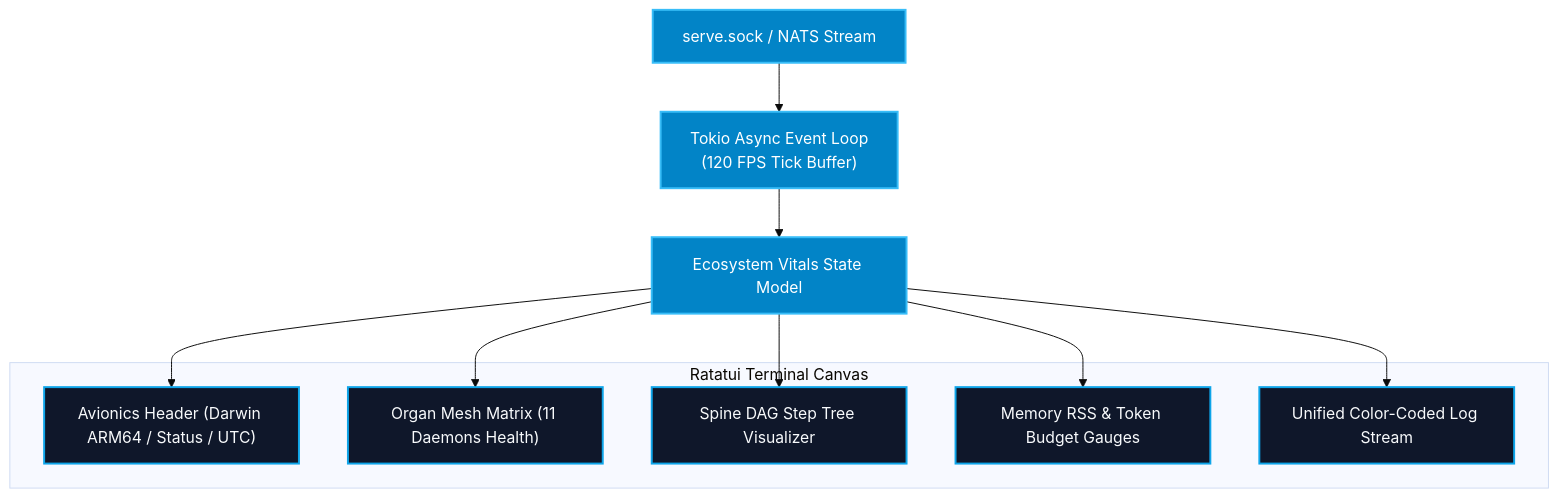
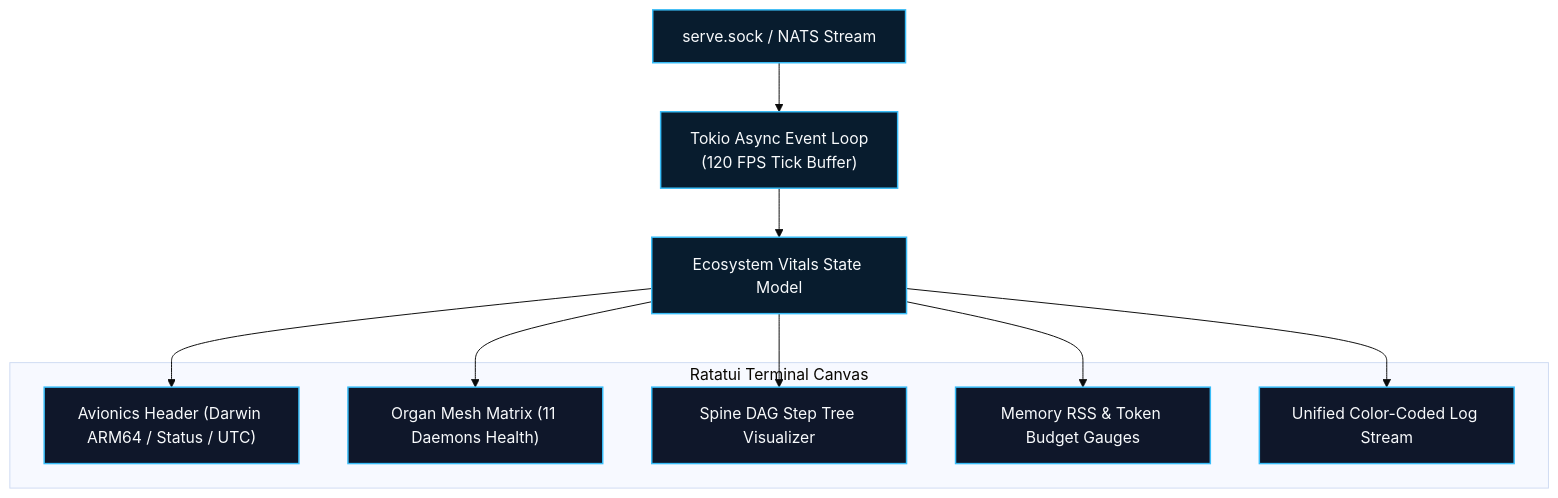
One commit to autonomic-ai-dev/website changed the diagram in src/routes/docs/tui/+page.md. Above: the diagram before and after it, drawn with Mermaid (base theme). The commit also changed 13 other files, not shown here.

Commit message:
fix(docs): aerospace dark cybernetic palette for Mermaid charts and high-contrast labels

````diff
--- a/src/routes/docs/tui/+page.md
+++ b/src/routes/docs/tui/+page.md
@@ -9,24 +9,24 @@
 ```mermaid
 flowchart TD
     Socket["serve.sock / NATS Stream"] --> EventLoop["Tokio Async Event Loop\n(120 FPS Tick Buffer)"]
     EventLoop --> State["Ecosystem Vitals State Model"]
     
     subgraph HUDLayout["Ratatui Terminal Canvas"]
         Header["Avionics Header (Darwin ARM64 / Status / UTC)"]
         Mesh["Organ Mesh Matrix (11 Daemons Health)"]
         DAG["Spine DAG Step Tree Visualizer"]
         Gauges["Memory RSS & Token Budget Gauges"]
         LogViewer["Unified Color-Coded Log Stream"]
     end
 
     State --> Header
     State --> Mesh
     State --> DAG
     State --> Gauges
     State --> LogViewer
 
-    classDef tui fill:#0284c7,stroke:#38bdf8,stroke-width:2px,color:#ffffff;
-    classDef hud fill:#0f172a,stroke:#0ea5e9,stroke-width:2px,color:#f8fafc;
+    classDef tui fill:#081c2e,stroke:#38bdf8,stroke-width:1.5px,color:#f8fafc;
+    classDef hud fill:#0f172a,stroke:#38bdf8,stroke-width:1.5px,color:#f8fafc;
     class Socket,EventLoop,State tui;
     class Header,Mesh,DAG,Gauges,LogViewer hud;
 ```
````
